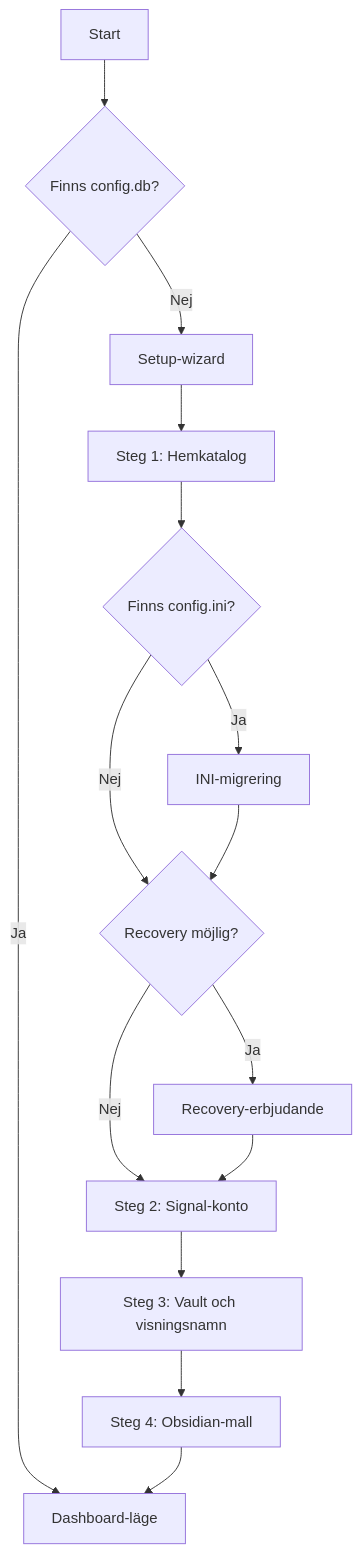
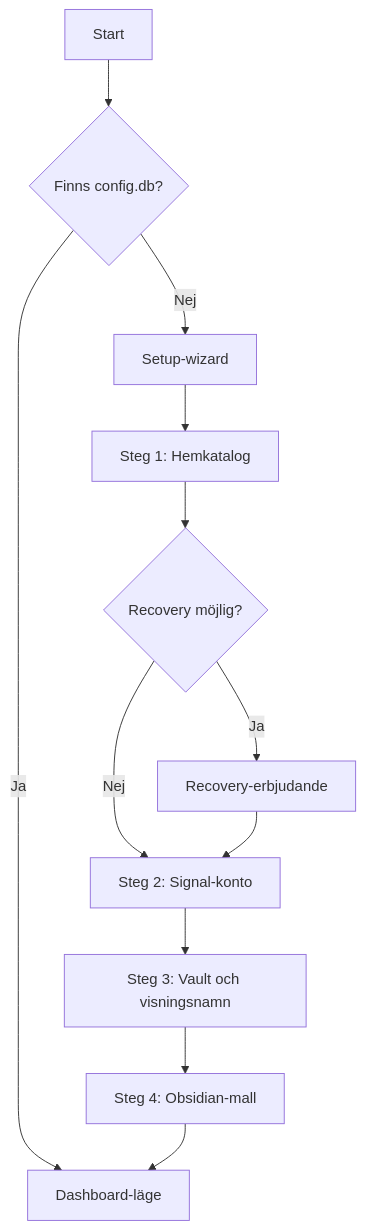
One commit to NicklasAndersson/oden changed the diagram in docs/SETUP_FLOW.md. Above: the diagram before and after it, drawn with Mermaid. The commit also changed other lines of this file and 2 other files, not shown here.

First line of the commit message:
docs: remove all INI support references, clarify setup endpoint availability

````diff
--- a/docs/SETUP_FLOW.md
+++ b/docs/SETUP_FLOW.md
@@ -11,17 +11,14 @@
 ```mermaid
 flowchart TD
     A[Start] --> B{Finns config.db?}
     B -->|Ja| Z[Dashboard-läge]
     B -->|Nej| C[Setup-wizard]
     C --> D[Steg 1: Hemkatalog]
-    D --> E{Finns config.ini?}
-    E -->|Ja| F[INI-migrering]
-    E -->|Nej| G{Recovery möjlig?}
-    F --> G
+    D --> G{Recovery möjlig?}
     G -->|Ja| H[Recovery-erbjudande]
     G -->|Nej| I[Steg 2: Signal-konto]
     H --> I
     I --> J[Steg 3: Vault och visningsnamn]
     J --> K[Steg 4: Obsidian-mall]
     K --> Z
 ```
````
